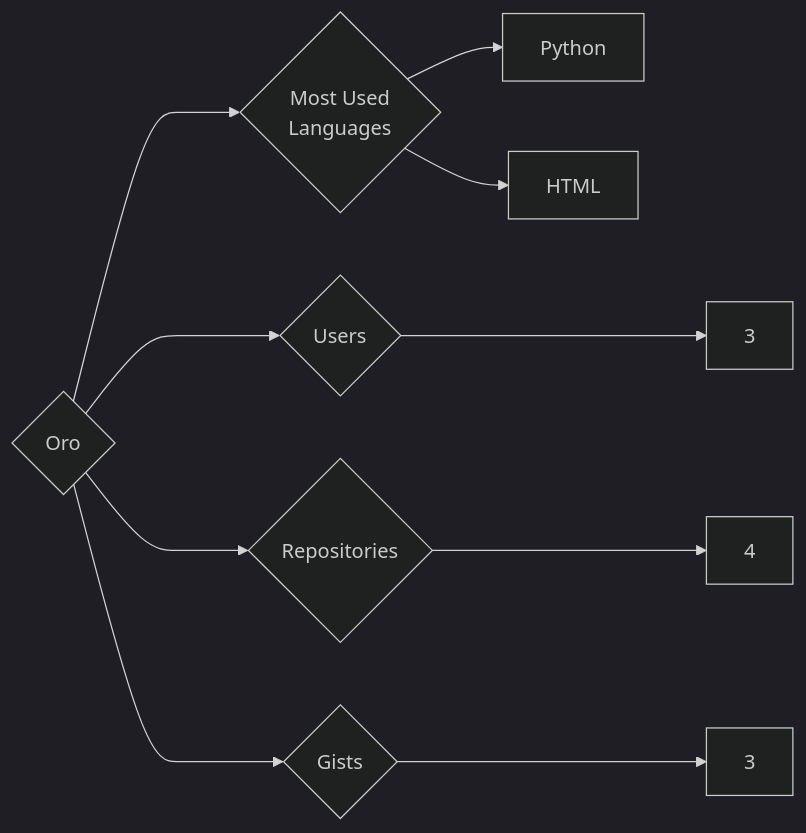
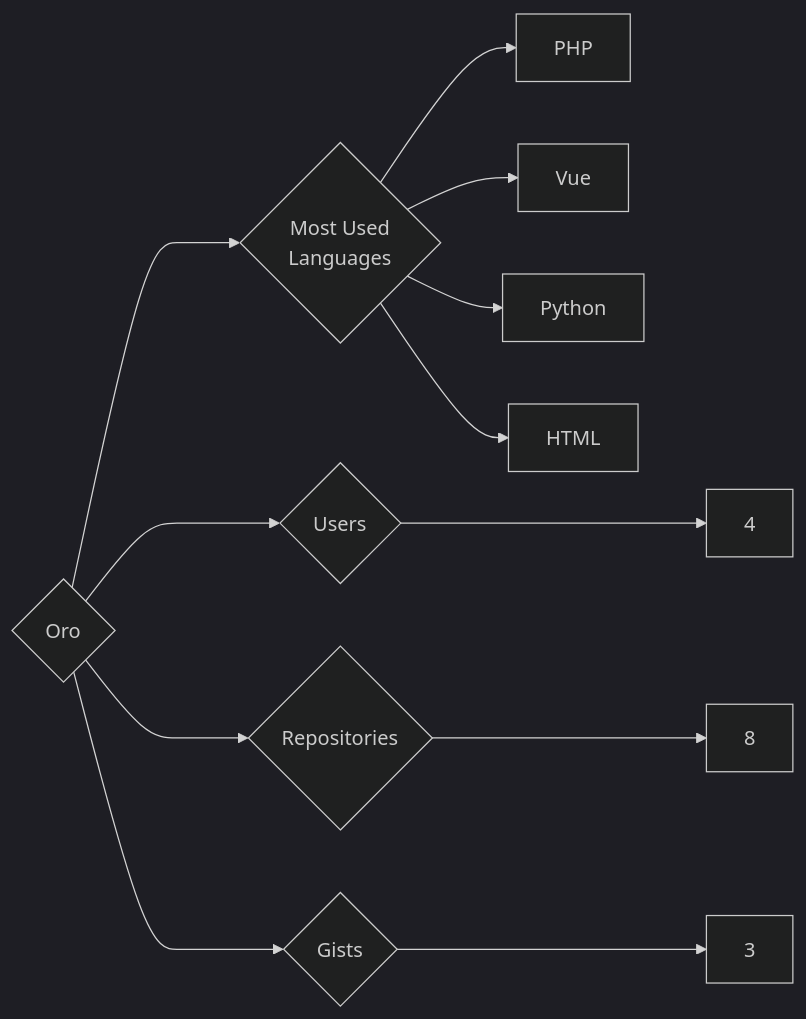
One commit to trickest/insiders changed the diagram in targets/Oro/README.md. Above: the diagram before and after it, drawn with Mermaid (dark theme). The commit also changed 815 other files, not shown here.

````diff
--- a/targets/Oro/README.md
+++ b/targets/Oro/README.md
@@ -3,10 +3,12 @@
 ```mermaid
 graph LR
 COMPANY_NAME{Oro}
-COMPANY_NAME ---> U{Users} ---> UN[3]
-COMPANY_NAME ---> R{Repositories} ---> RN[4]
+COMPANY_NAME ---> U{Users} ---> UN[4]
+COMPANY_NAME ---> R{Repositories} ---> RN[8]
 COMPANY_NAME ---> G{Gists} ---> GN[3]
 COMPANY_NAME ---> ML{Most Used<br>Languages}
+ML --> PHP[PHP]
+ML --> Vue[Vue]
 ML --> Python[Python]
 ML --> HTML[HTML]
 ```
````
